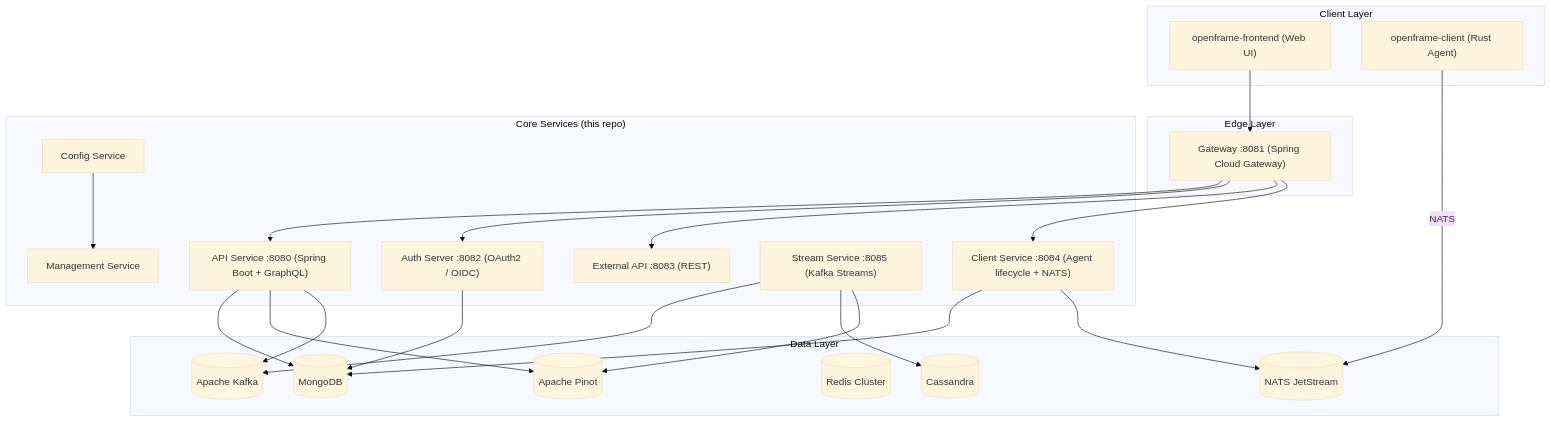
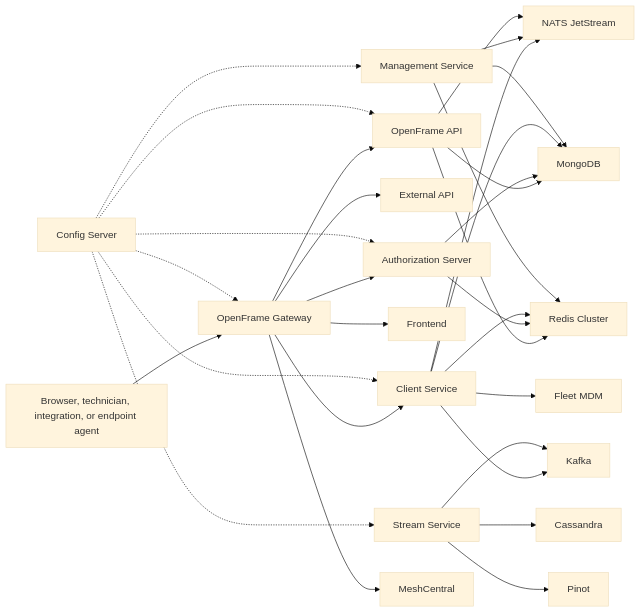
The first of 4 diagrams in docs/development/architecture/README.md (flamingo-stack/openframe-oss-tenant), drawn with Mermaid (base theme) before and after one commit. The commit also changed other lines of this file and 1387 other files, not shown here.

````diff
--- a/docs/development/architecture/README.md
+++ b/docs/development/architecture/README.md
@@ -11,47 +12,39 @@
 ```mermaid
-graph TB
-    subgraph Clients["Client Layer"]
-        FrontendUI["openframe-frontend (Web UI)"]
-        RustAgent["openframe-client (Rust Agent)"]
-    end
+flowchart LR
+    User["Browser, technician, integration, or endpoint agent"] --> Gateway["OpenFrame Gateway"]
 
-    subgraph Gateway["Edge Layer"]
-        GW["Gateway :8081 (Spring Cloud Gateway)"]
-    end
+    Gateway --> Auth["Authorization Server"]
+    Gateway --> Api["OpenFrame API"]
+    Gateway --> ExternalApi["External API"]
+    Gateway --> Client["Client Service"]
+    Gateway --> Frontend["Frontend"]
 
-    subgraph CoreServices["Core Services (this repo)"]
-        API["API Service :8080 (Spring Boot + GraphQL)"]
-        AuthServer["Auth Server :8082 (OAuth2 / OIDC)"]
-        ExtAPI["External API :8083 (REST)"]
-        ClientSvc["Client Service :8084 (Agent lifecycle + NATS)"]
-        StreamSvc["Stream Service :8085 (Kafka Streams)"]
-        Mgmt["Management Service"]
-        Config["Config Service"]
-    end
+    Config["Config Server"] -.-> Api
+    Config -.-> Auth
+    Config -.-> Client
+    Config -.-> Gateway
+    Config -.-> Management
+    Config -.-> Stream
 
-    subgraph DataLayer["Data Layer"]
-        Mongo[("MongoDB")]
-        Cassandra[("Cassandra")]
-        Pinot[("Apache Pinot")]
-        Redis[("Redis Cluster")]
-        Kafka[("Apache Kafka")]
-        NATS[("NATS JetStream")]
-    end
+    Client --> Nats["NATS JetStream"]
+    Management --> Nats
+    Api --> Nats
 
-    FrontendUI --> GW
-    RustAgent -->|NATS| NATS
-    GW --> API
-    GW --> AuthServer
-    GW --> ExtAPI
-    GW --> ClientSvc
-    API --> Mongo
-    API --> Pinot
-    API --> Kafka
-    StreamSvc --> Kafka
-    StreamSvc --> Cassandra
-    StreamSvc --> Pinot
-    ClientSvc --> Mongo
-    ClientSvc --> NATS
-    AuthServer --> Mongo
-    Config --> Mgmt
+    Client --> Kafka["Kafka"]
+    Stream["Stream Service"] --> Kafka
+    Stream --> Cassandra["Cassandra"]
+    Stream --> Pinot["Pinot"]
+
+    Api --> Mongo["MongoDB"]
+    Auth --> Mongo
+    Client --> Mongo
+    Management["Management Service"] --> Mongo
+
+    Api --> Redis["Redis Cluster"]
+    Auth --> Redis
+    Client --> Redis
+    Management --> Redis
+
+    Client --> Fleet["Fleet MDM"]
+    Gateway --> Mesh["MeshCentral"]
 ```
````
